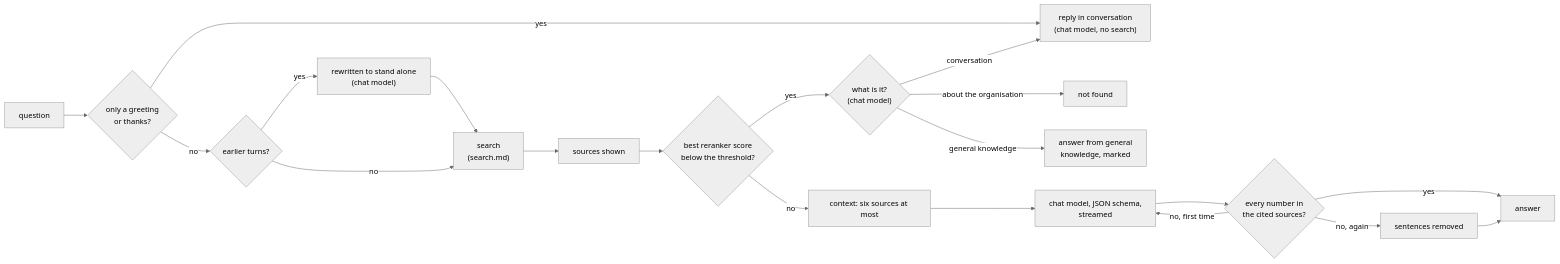
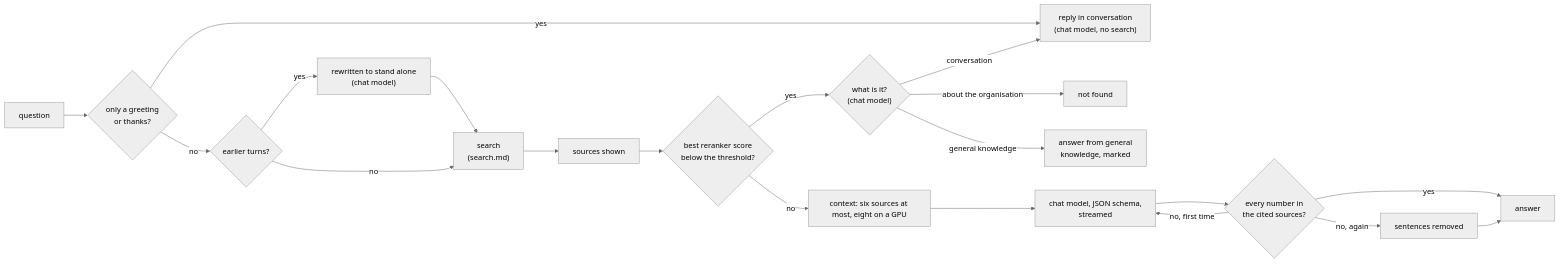
One commit to FurkanKocatas/Synapse changed the diagram in docs/design/answers.md. Above: the diagram before and after it, drawn with Mermaid (neutral theme). The commit also changed other lines of this file and 8 other files, not shown here.

First line of the commit message:
answers: eight sources on a GPU again, within the chat model's tokens

````diff
--- a/docs/design/answers.md
+++ b/docs/design/answers.md
@@ -14,19 +14,19 @@
 ```mermaid
 flowchart LR
     Q[question] --> K{"only a greeting<br/>or thanks?"}
     K -- yes --> CV["reply in conversation<br/>(chat model, no search)"]
     K -- no --> W{"earlier turns?"}
     W -- yes --> R["rewritten to stand alone<br/>(chat model)"] --> S
     W -- no --> S["search<br/>(search.md)"]
     S --> P["sources shown"]
     P --> T{"best reranker score<br/>below the threshold?"}
     T -- yes --> J{"what is it?<br/>(chat model)"}
     J -- "about the organisation" --> N["not found"]
     J -- "conversation" --> CV
     J -- "general knowledge" --> GK["answer from general<br/>knowledge, marked"]
-    T -- no --> C["context: six sources at most"] --> G["chat model, JSON schema,<br/>streamed"]
+    T -- no --> C["context: six sources at most, eight on a GPU"] --> G["chat model, JSON schema,<br/>streamed"]
     G --> V{"every number in<br/>the cited sources?"}
     V -- yes --> A[answer]
     V -- no, first time --> G
     V -- no, again --> X["sentences removed"] --> A
 ```
````
